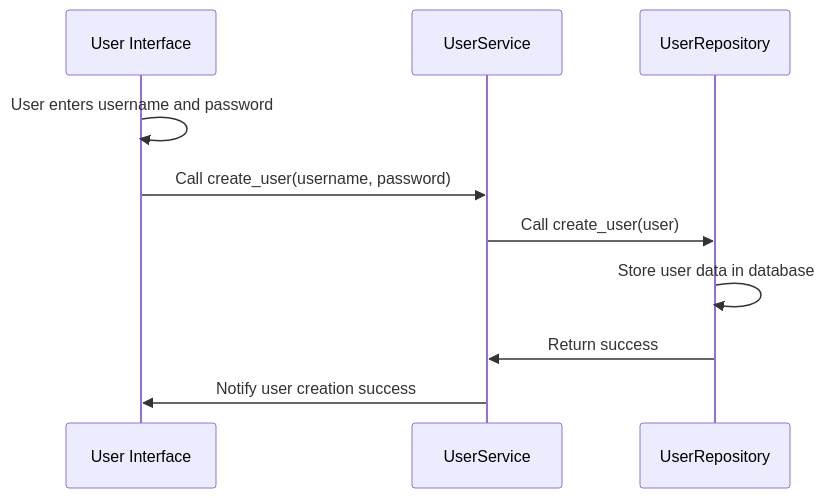
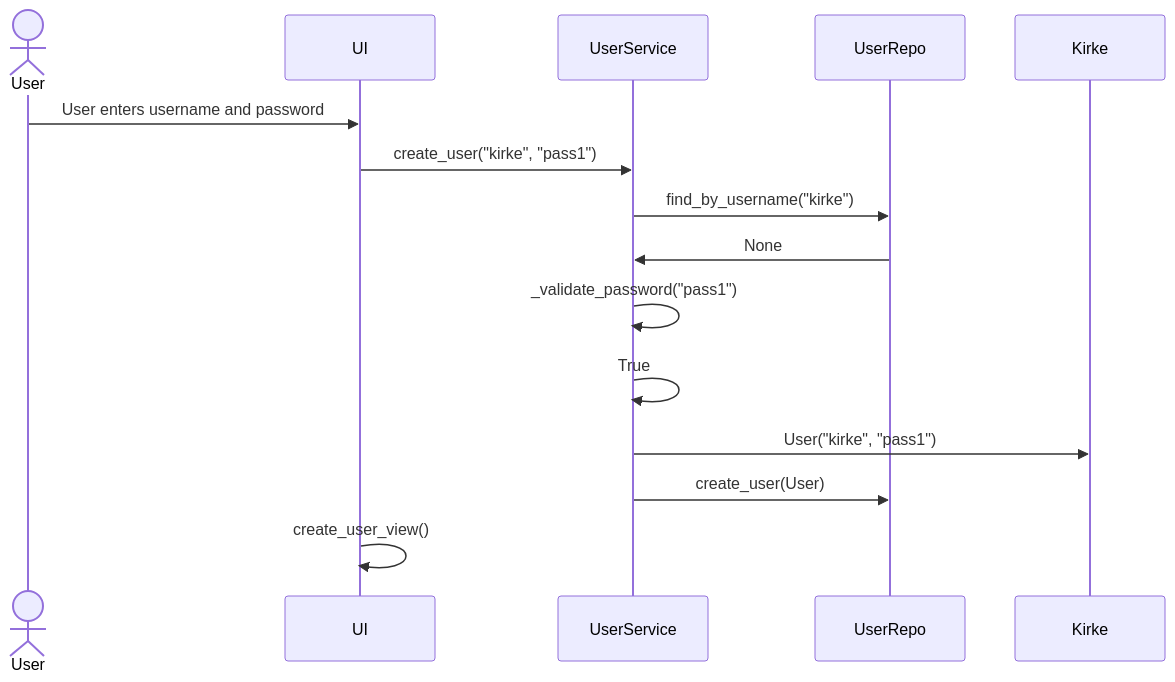
One commit to kirkeruusalu/software-project changed the second of 5 diagrams in documentation/architecture.md. Above: the diagram before and after it, drawn with Mermaid. The commit also changed other lines of this file, not shown here.

````diff
--- a/documentation/architecture.md
+++ b/documentation/architecture.md
@@ -57,13 +57,18 @@
 ```mermaid
 sequenceDiagram
-    participant UI as User Interface
-    participant US as UserService
-    participant UR as UserRepository
+    actor User
+    participant UI
+    participant UserService
+    participant UserRepo
+    participant Kirke
+    User->>UI: User enters username and password
+    UI->>UserService: create_user("kirke", "pass1")
+    UserService->>UserRepo: find_by_username("kirke")
+    UserRepo->>UserService: None
+    UserService->>UserService: _validate_password("pass1")
+    UserService->>UserService: True
+    UserService->>Kirke: User("kirke", "pass1")
+    UserService->>UserRepo: create_user(User)
+    UI->>UI: create_user_view()
 
-    UI->>UI: User enters username and password
-    UI->>US: Call create_user(username, password)
-    US->>UR: Call create_user(user)
-    UR->>UR: Store user data in database
-    UR->>US: Return success
-    US->>UI: Notify user creation success
 ```
````
